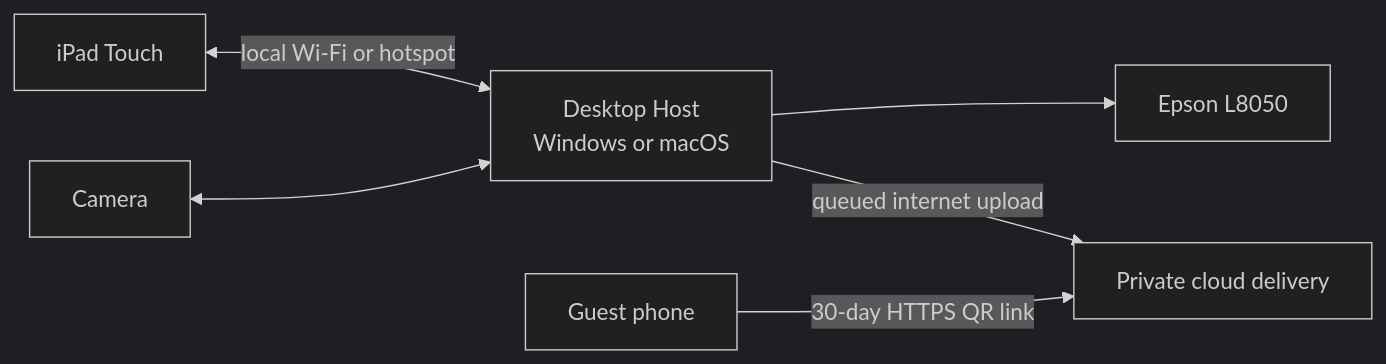
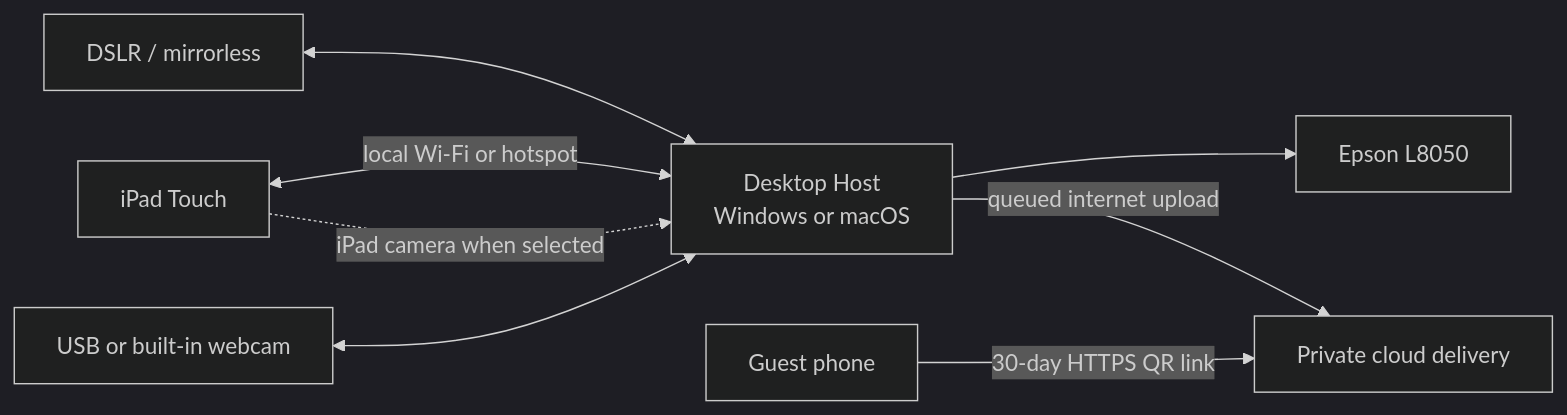
One commit to kurge/WanderBooth changed the diagram in WanderBooth - Product Plan and Feature Specification.md. Above: the diagram before and after it, drawn with Mermaid (dark theme). The commit also changed other lines of this file and 6 other files, not shown here.

````diff
--- a/WanderBooth - Product Plan and Feature Specification.md
+++ b/WanderBooth - Product Plan and Feature Specification.md
@@ -426,8 +443,10 @@
 ```mermaid
 flowchart LR
     I["iPad Touch"] <-->|"local Wi-Fi or hotspot"| H["Desktop Host<br/>Windows or macOS"]
-    C["Camera"] <--> H
+    F["DSLR / mirrorless"] <--> H
+    W["USB or built-in webcam"] <--> H
+    I -.->|"iPad camera when selected"| H
     H --> P["Epson L8050"]
     H -->|"queued internet upload"| D["Private cloud delivery"]
     G["Guest phone"] -->|"30-day HTTPS QR link"| D
 ```
````
